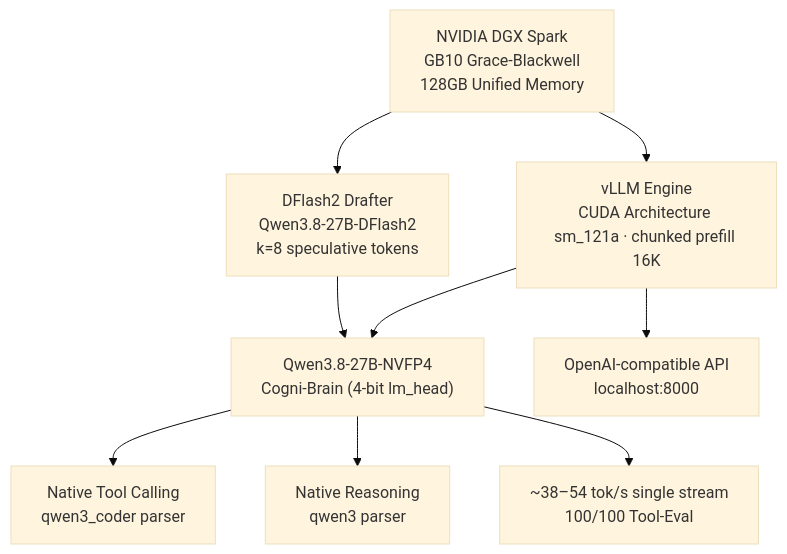
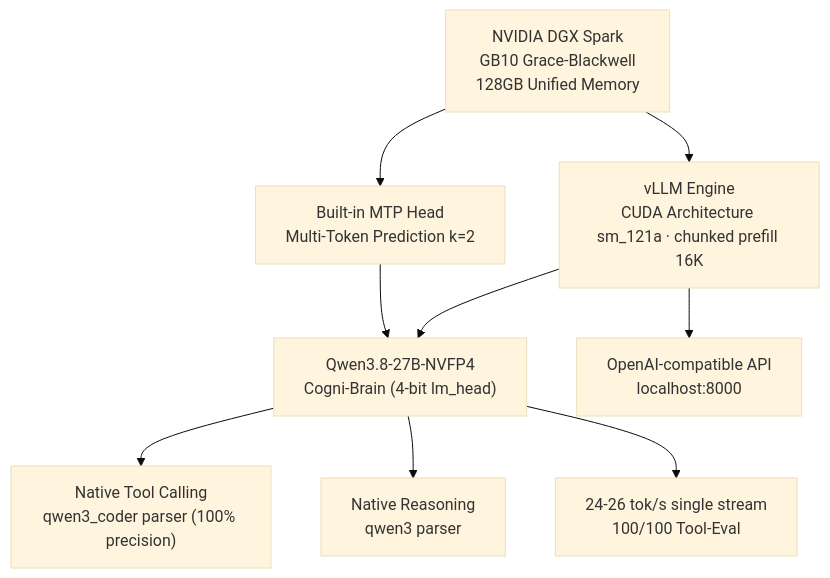
One commit to airawatraj/dgx-spark-qwen38-super-agent changed the diagram in README.md. Above: the diagram before and after it, drawn with Mermaid (base theme). The commit also changed other lines of this file and 6 other files, not shown here.

````diff
--- a/README.md
+++ b/README.md
@@ -48,15 +48,15 @@
 ```mermaid
 flowchart TD
     A["NVIDIA DGX Spark<br/>GB10 Grace-Blackwell<br/>128GB Unified Memory"]
 
     A --> B["vLLM Engine<br/>CUDA Architecture sm_121a · chunked prefill 16K"]
-    A --> S["DFlash2 Drafter<br/>Qwen3.8-27B-DFlash2<br/>k=8 speculative tokens"]
+    A --> S["Built-in MTP Head<br/>Multi-Token Prediction k=2"]
 
     B --> C["Qwen3.8-27B-NVFP4<br/>Cogni-Brain (4-bit lm_head)"]
     B --> D["OpenAI-compatible API<br/>localhost:8000"]
     S --> C
 
-    C --> E["Native Tool Calling<br/>qwen3_coder parser"]
+    C --> E["Native Tool Calling<br/>qwen3_coder parser (100% precision)"]
     C --> F["Native Reasoning<br/>qwen3 parser"]
-    C --> G["~38–54 tok/s single stream<br/>100/100 Tool-Eval"]
+    C --> G["24-26 tok/s single stream<br/>100/100 Tool-Eval"]
 ```
````
